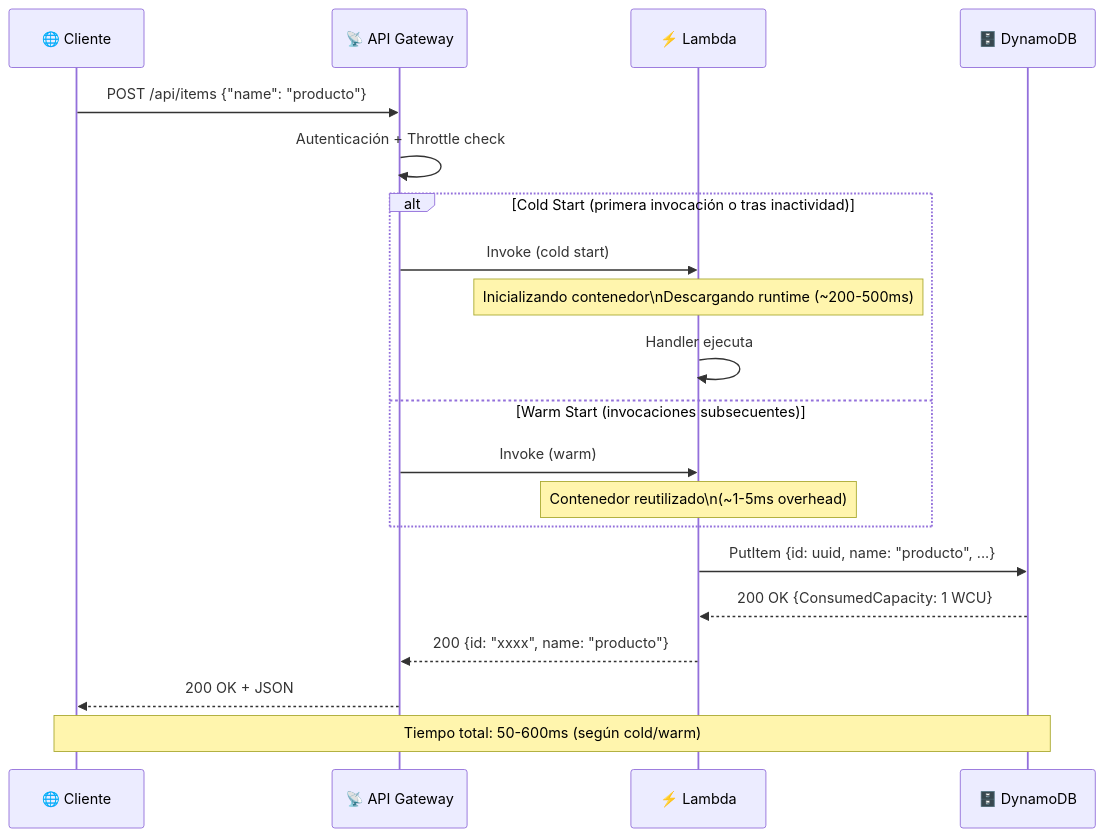
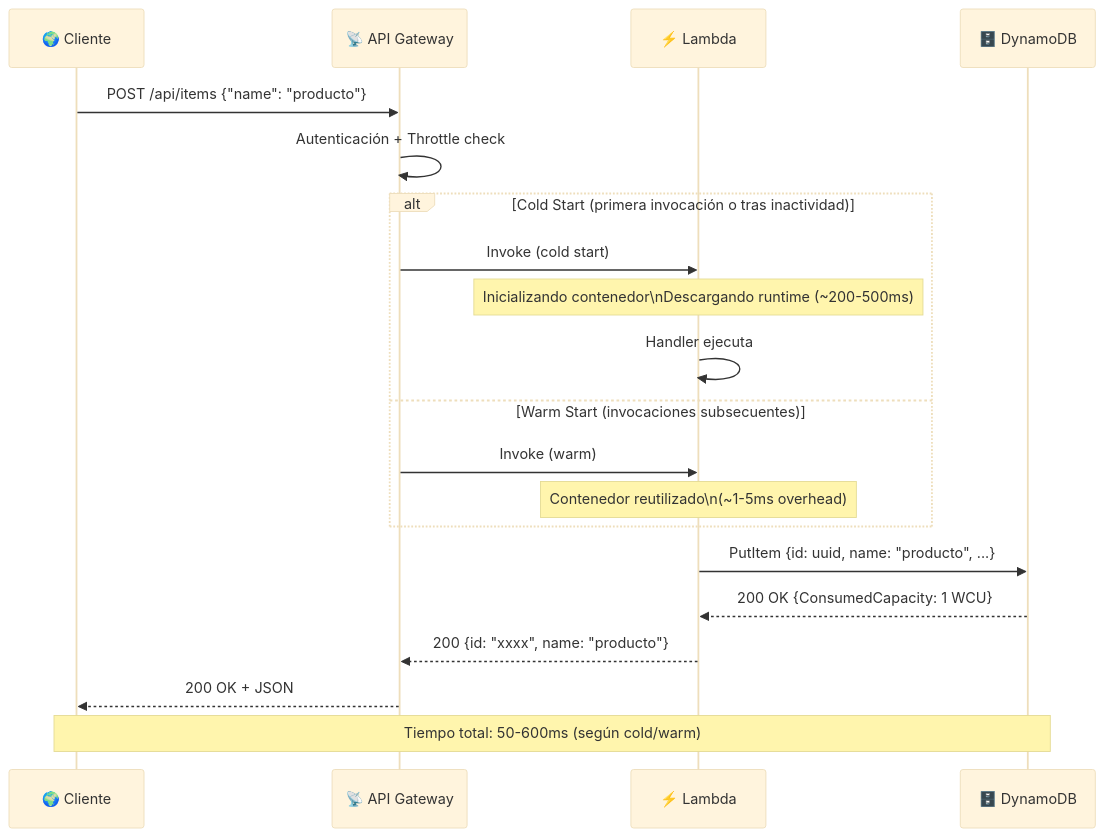
Before and after one commit to vladimiracunadev-create/proyectos-aws: the second of 4 diagrams in caso-d-serverless-basic/docs/architecture.md, drawn with Mermaid. The commit also changed other lines of this file and 6 other files, not shown here.

Commit message:
docs: mass optimization of architecture diagrams for all completed cases (A, B, C, D, J, K, L) - vertical flow and premium styles

````diff
--- a/caso-d-serverless-basic/docs/architecture.md
+++ b/caso-d-serverless-basic/docs/architecture.md
@@ -62,26 +67,27 @@
 ```mermaid
+%%{init: {'theme': 'base', 'themeVariables': { 'fontsize': '16px' }}}%%
 sequenceDiagram
-    participant C as 🌐 Cliente
+    participant C as 🌍 Cliente
     participant APIGW as 📡 API Gateway
     participant Lambda as ⚡ Lambda
     participant DDB as 🗄️ DynamoDB
 
     C->>APIGW: POST /api/items {"name": "producto"}
     APIGW->>APIGW: Autenticación + Throttle check
 
     alt Cold Start (primera invocación o tras inactividad)
         APIGW->>Lambda: Invoke (cold start)
         Note over Lambda: Inicializando contenedor\nDescargando runtime (~200-500ms)
         Lambda->>Lambda: Handler ejecuta
     else Warm Start (invocaciones subsecuentes)
         APIGW->>Lambda: Invoke (warm)
         Note over Lambda: Contenedor reutilizado\n(~1-5ms overhead)
     end
 
     Lambda->>DDB: PutItem {id: uuid, name: "producto", ...}
     DDB-->>Lambda: 200 OK {ConsumedCapacity: 1 WCU}
     Lambda-->>APIGW: 200 {id: "xxxx", name: "producto"}
     APIGW-->>C: 200 OK + JSON
 
     Note over C,DDB: Tiempo total: 50-600ms (según cold/warm)
 ```
````
